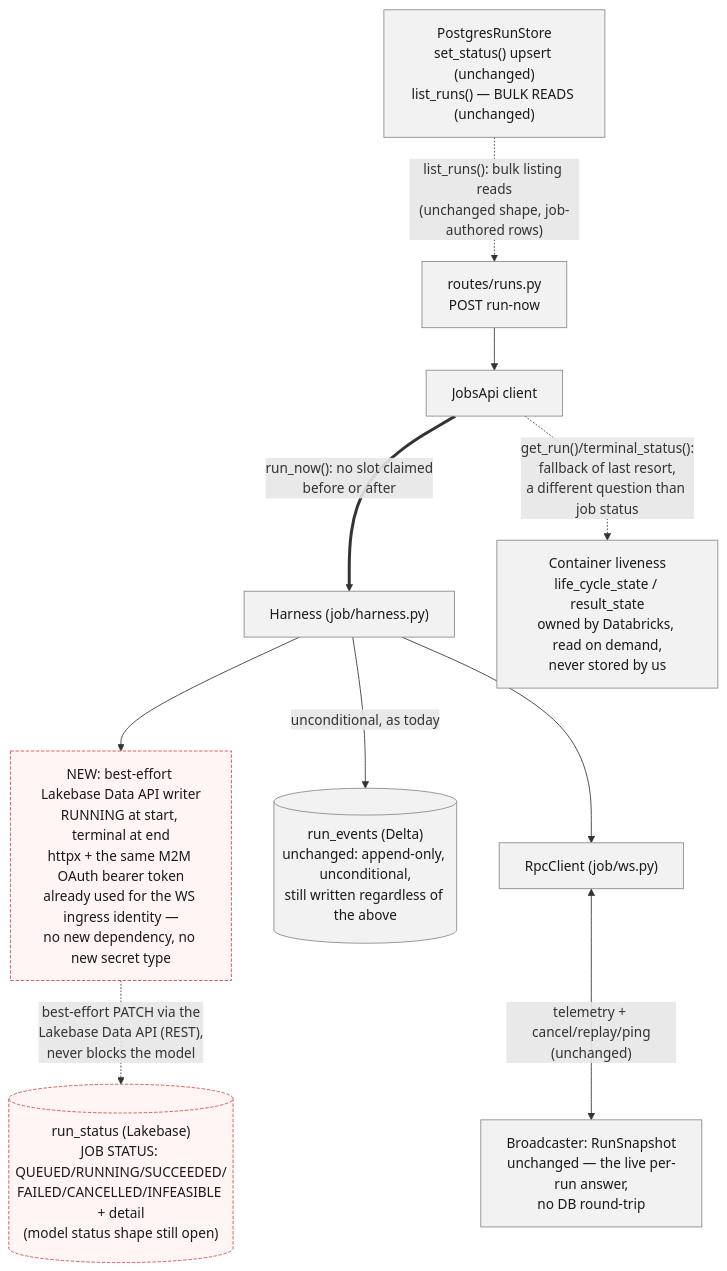
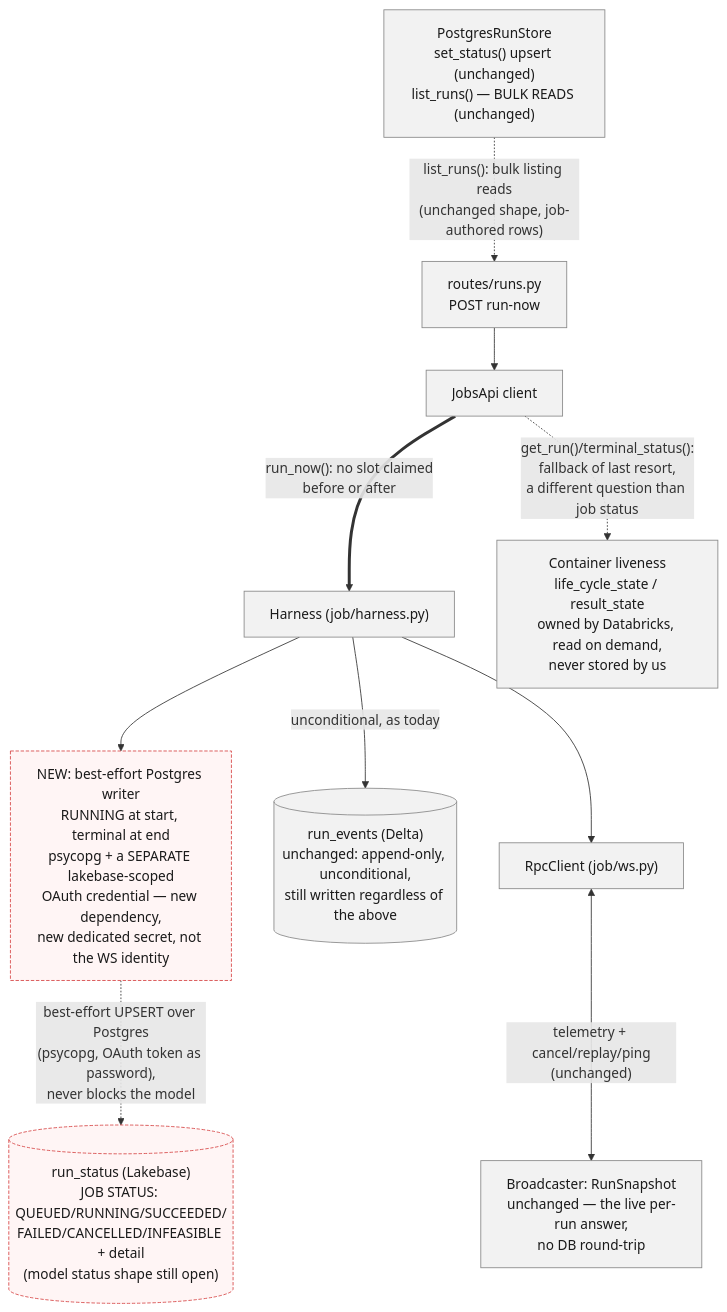
The fifth of 5 diagrams in docs/architecture-diagram.md (NoTouchingKids/DBX_leaning), drawn with Mermaid before and after one commit. The commit also changed other lines of this file and 1 other file, not shown here.

````diff
--- a/docs/architecture-diagram.md
+++ b/docs/architecture-diagram.md
@@ -552,28 +571,28 @@
 ```mermaid
 flowchart TB
     RunsRoute["routes/runs.py<br/>POST run-now"]
     Store["PostgresRunStore<br/>set_status() upsert (unchanged)<br/>list_runs() — BULK READS (unchanged)"]
     JobsApiC["JobsApi client"]
     Harness["Harness (job/harness.py)"]
-    LakebaseWriter["NEW: best-effort Lakebase Data API writer<br/>RUNNING at start, terminal at end<br/>httpx + the same M2M OAuth bearer token<br/>already used for the WS ingress identity —<br/>no new dependency, no new secret type"]
+    LakebaseWriter["NEW: best-effort Postgres writer<br/>RUNNING at start, terminal at end<br/>psycopg + a SEPARATE lakebase-scoped<br/>OAuth credential — new dependency,<br/>new dedicated secret, not the WS identity"]
     RunStatusDb[("run_status (Lakebase)<br/>JOB STATUS: QUEUED/RUNNING/SUCCEEDED/<br/>FAILED/CANCELLED/INFEASIBLE + detail<br/>(model status shape still open)")]
     RunEvents[("run_events (Delta)<br/>unchanged: append-only, unconditional,<br/>still written regardless of the above")]
     RpcClient["RpcClient (job/ws.py)"]
     Broadcaster["Broadcaster: RunSnapshot<br/>unchanged — the live per-run answer,<br/>no DB round-trip"]
     DbxStatus["Container liveness<br/>life_cycle_state / result_state<br/>owned by Databricks, read on demand,<br/>never stored by us"]
 
     RunsRoute --> JobsApiC
     JobsApiC ==>|"run_now(): no slot claimed<br/>before or after"| Harness
     Harness --> LakebaseWriter
-    LakebaseWriter -.->|"best-effort PATCH via the<br/>Lakebase Data API (REST),<br/>never blocks the model"| RunStatusDb
+    LakebaseWriter -.->|"best-effort UPSERT over Postgres<br/>(psycopg, OAuth token as password),<br/>never blocks the model"| RunStatusDb
     Harness -->|"unconditional, as today"| RunEvents
     Harness --> RpcClient
     RpcClient <-->|"telemetry + cancel/replay/ping<br/>(unchanged)"| Broadcaster
     JobsApiC -.->|"get_run()/terminal_status():<br/>fallback of last resort,<br/>a different question than job status"| DbxStatus
     Store -.->|"list_runs(): bulk listing reads<br/>(unchanged shape, job-authored rows)"| RunsRoute
 
     classDef proposed fill:#fff5f5,stroke:#d64545,color:#1a1a1a,stroke-dasharray: 4 2;
     classDef unchanged fill:#f2f2f2,stroke:#888,color:#1a1a1a;
     class LakebaseWriter,RunStatusDb proposed;
     class RunEvents,Broadcaster,DbxStatus,RpcClient,Store,RunsRoute,JobsApiC,Harness unchanged;
 ```
````
